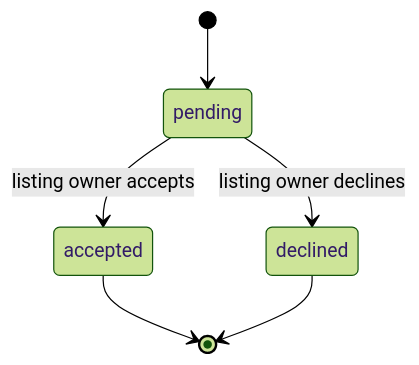
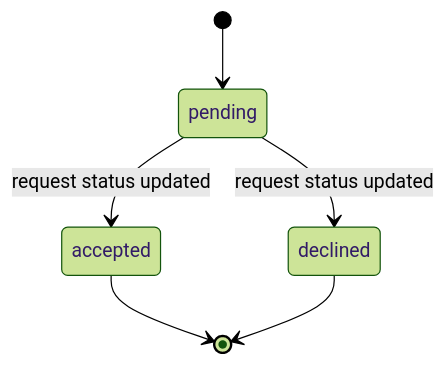
One commit to Saker001/2230957-S6-SkillSwap changed the fourth of 4 diagrams in docs/02-srs.md. Above: the diagram before and after it, drawn with Mermaid (forest theme). The commit also changed other lines of this file and 13 other files, not shown here.

````diff
--- a/docs/02-srs.md
+++ b/docs/02-srs.md
@@ -190,8 +195,8 @@
 ```mermaid
 stateDiagram-v2
     [*] --> pending
-    pending --> accepted: listing owner accepts
-    pending --> declined: listing owner declines
+    pending --> accepted: request status updated
+    pending --> declined: request status updated
     accepted --> [*]
     declined --> [*]
 ```
````
